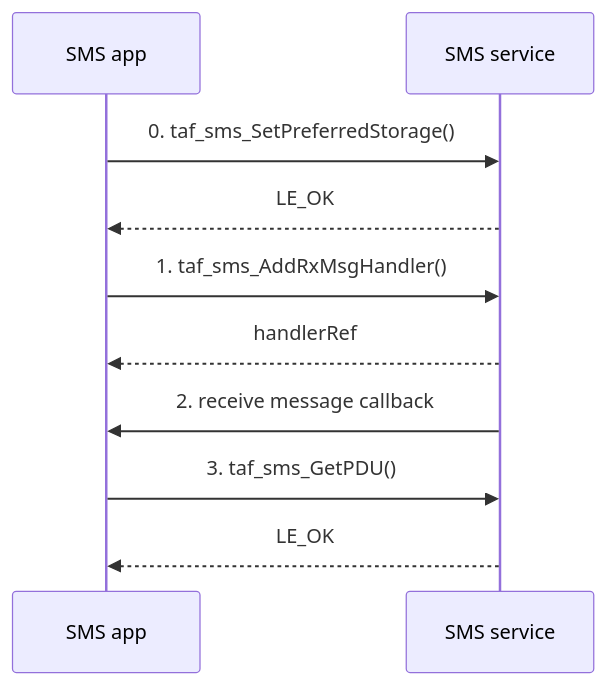
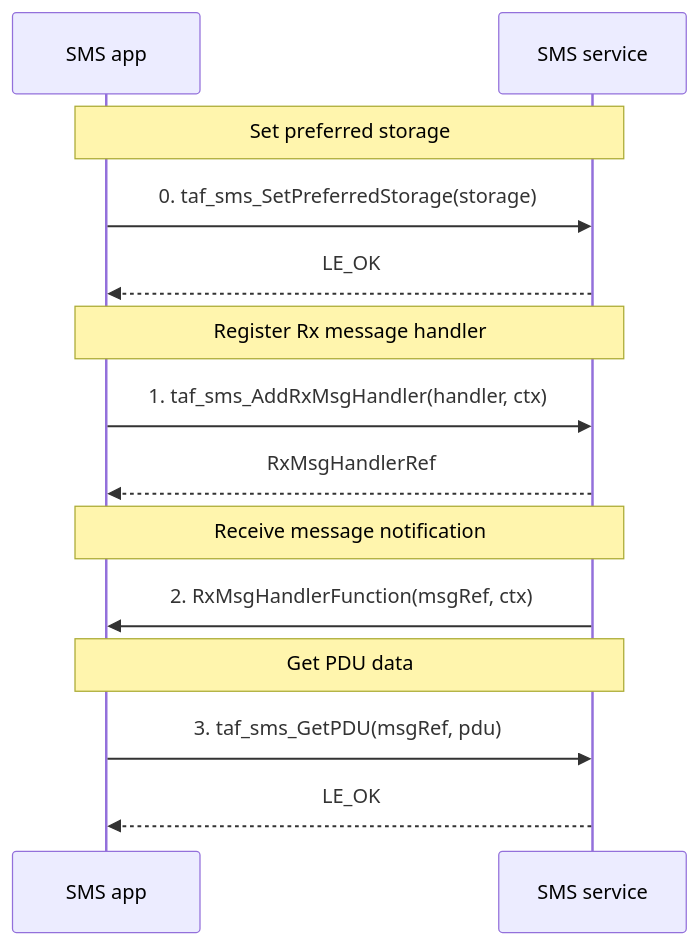
Before and after one commit to CodeLinaro-mirror/le_platform_TelAF: the second of 3 diagrams in doc/rst/sms.rst, drawn with Mermaid. The commit also changed other lines of this file and 6 other files, not shown here.

Commit message:
doc: Add Mermaid call flow diagrams for managed services

```diff
--- a/doc/rst/sms.rst
+++ b/doc/rst/sms.rst
@@ -62,16 +69,20 @@
-.. mermaid::
+    .. mermaid::
 
-   sequenceDiagram
-       participant App as SMS app
-       participant Svc as SMS service
+      sequenceDiagram
+          participant App as SMS app
+          participant Svc as SMS service
 
-       App->>Svc: 0. taf_sms_SetPreferredStorage()
-       Svc-->>App: LE_OK
+          Note over App,Svc: Set preferred storage
+          App->>Svc: 0. taf_sms_SetPreferredStorage(storage)
+          Svc-->>App: LE_OK
 
-       App->>Svc: 1. taf_sms_AddRxMsgHandler()
-       Svc-->>App: handlerRef
+          Note over App,Svc: Register Rx message handler
+          App->>Svc: 1. taf_sms_AddRxMsgHandler(handler, ctx)
+          Svc-->>App: RxMsgHandlerRef
 
-       Svc->>App: 2. receive message callback
+          Note over App,Svc: Receive message notification
+          Svc->>App: 2. RxMsgHandlerFunction(msgRef, ctx)
 
-       App->>Svc: 3. taf_sms_GetPDU()
-       Svc-->>App: LE_OK
+          Note over App,Svc: Get PDU data
+          App->>Svc: 3. taf_sms_GetPDU(msgRef, pdu)
+          Svc-->>App: LE_OK
```
